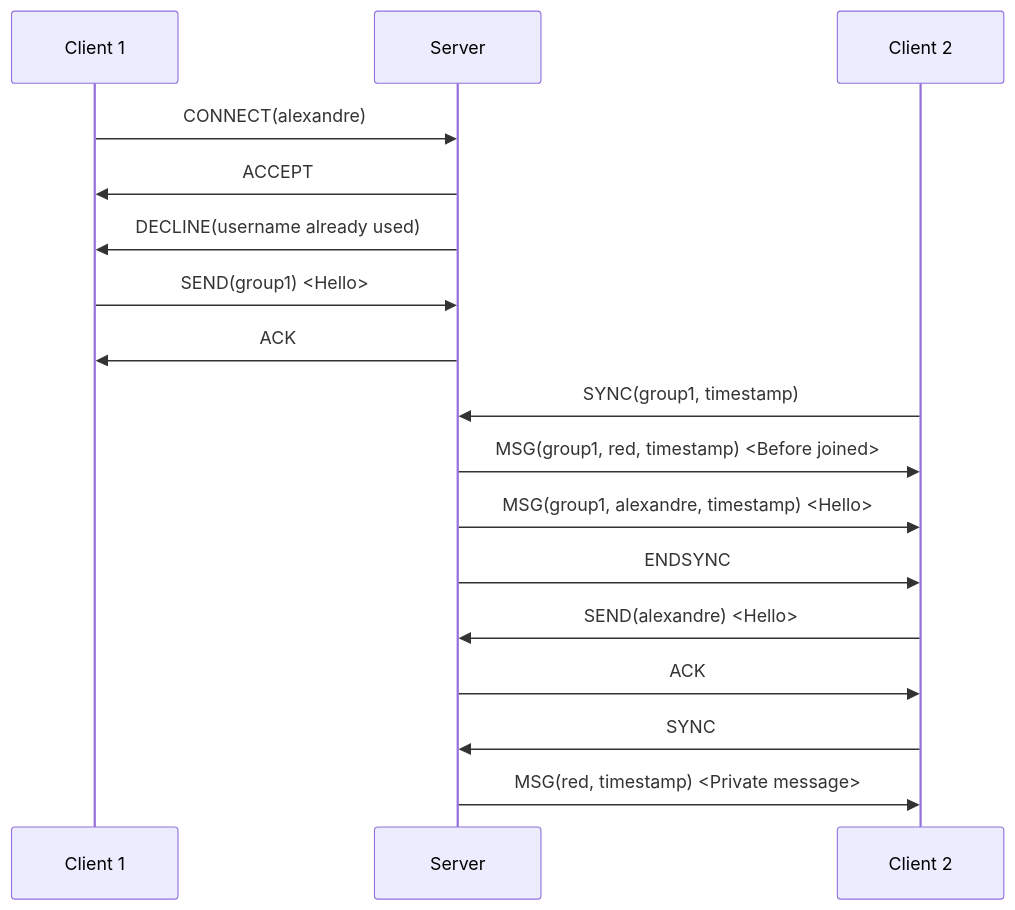
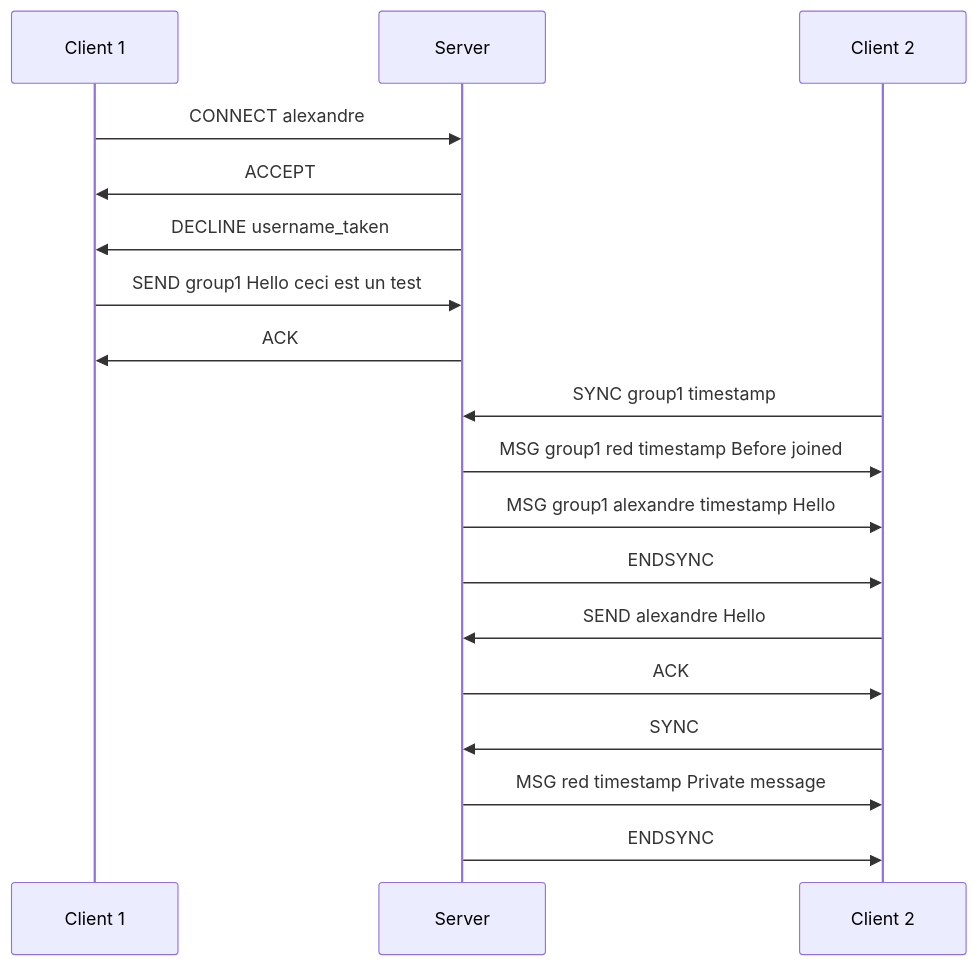
Before and after one commit to AlexandrePhilibert/dai-labo-2: the diagram in SPEC.md, drawn with Mermaid. The commit also changed 13 other files, not shown here.

````diff
--- a/SPEC.md
+++ b/SPEC.md
@@ -43,28 +43,29 @@
 ```mermaid
 sequenceDiagram
 
 %% Handle connection
-Client 1->>Server: CONNECT(alexandre)
+Client 1->>Server: CONNECT alexandre
 %% EIther accept or decline the connection request
 Server->>Client 1: ACCEPT
-Server->>Client 1: DECLINE(username already used)
+Server->>Client 1: DECLINE username_taken
 
 %% Send a message in a group
-Client 1->>Server: SEND(group1) <Hello>
+Client 1->>Server: SEND group1 Hello ceci est un test
 %% Acknowledge that the server received the message
 Server->>Client 1: ACK
 
 %% 
-Client 2->>Server: SYNC(group1, timestamp)
-Server->>Client 2: MSG(group1, red, timestamp) <Before joined>
-Server->>Client 2: MSG(group1, alexandre, timestamp) <Hello>
+Client 2->>Server: SYNC group1 timestamp
+Server->>Client 2: MSG group1 red timestamp Before joined
+Server->>Client 2: MSG group1 alexandre timestamp Hello
 Server->>Client 2: ENDSYNC
 
 %% Send a message to a user
-Client 2->>Server: SEND(alexandre) <Hello>
+Client 2->>Server: SEND alexandre Hello
 Server->>Client 2: ACK
 
 %% Get all messages sent to the current username
 Client 2->>Server: SYNC
-Server->>Client 2: MSG(red, timestamp) <Private message>
+Server->>Client 2: MSG red timestamp Private message
+Server->>Client 2: ENDSYNC
 ```
````
